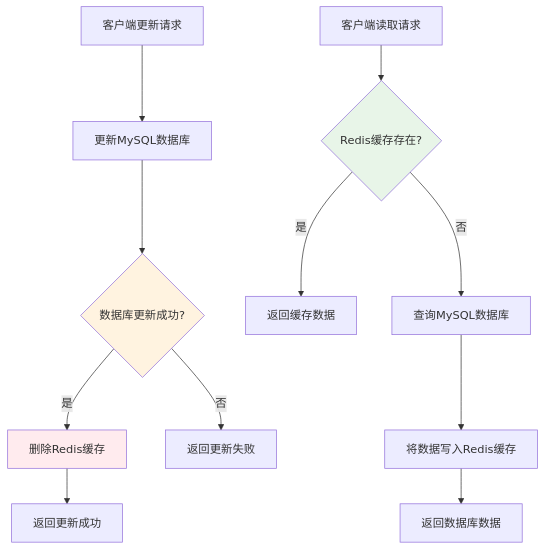
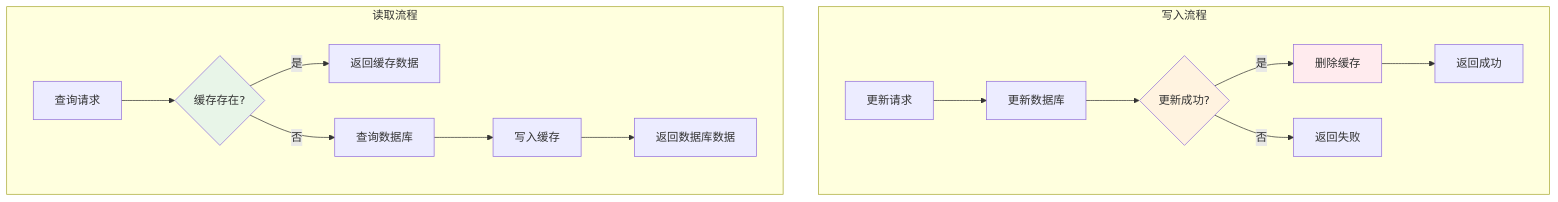
Before and after one commit to kick-pixel/btc_eth_bizzan_contract_Exchange_ztuo_jiaoyisuo: the fourth of 6 diagrams in doc/07.Redis 应用：高性能缓存与会话管理.md, drawn with Mermaid. The commit also changed other lines of this file and 27 other files, not shown here.

````diff
--- a/doc/07.Redis 应用：高性能缓存与会话管理.md
+++ b/doc/07.Redis 应用：高性能缓存与会话管理.md
@@ -285,18 +359,22 @@
 ```mermaid
 graph TD
-    A[客户端更新请求] --> B[更新MySQL数据库]
-    B --> C{数据库更新成功?}
-    C -- 是 --> D[删除Redis缓存]
-    C -- 否 --> E[返回更新失败]
-    D --> F[返回更新成功]
+    subgraph "写入流程"
+        A[更新请求] --> B[更新数据库]
+        B --> C{更新成功?}
+        C -->|是| D[删除缓存]
+        C -->|否| E[返回失败]
+        D --> F[返回成功]
+    end
 
-    G[客户端读取请求] --> H{Redis缓存存在?}
-    H -- 是 --> I[返回缓存数据]
-    H -- 否 --> J[查询MySQL数据库]
-    J --> K[将数据写入Redis缓存]
-    K --> L[返回数据库数据]
+    subgraph "读取流程"
+        G[查询请求] --> H{缓存存在?}
+        H -->|是| I[返回缓存数据]
+        H -->|否| J[查询数据库]
+        J --> K[写入缓存]
+        K --> L[返回数据库数据]
+    end
 
     style C fill:#fff3e0
     style H fill:#e8f5e8
     style D fill:#ffebee
 ```
````
